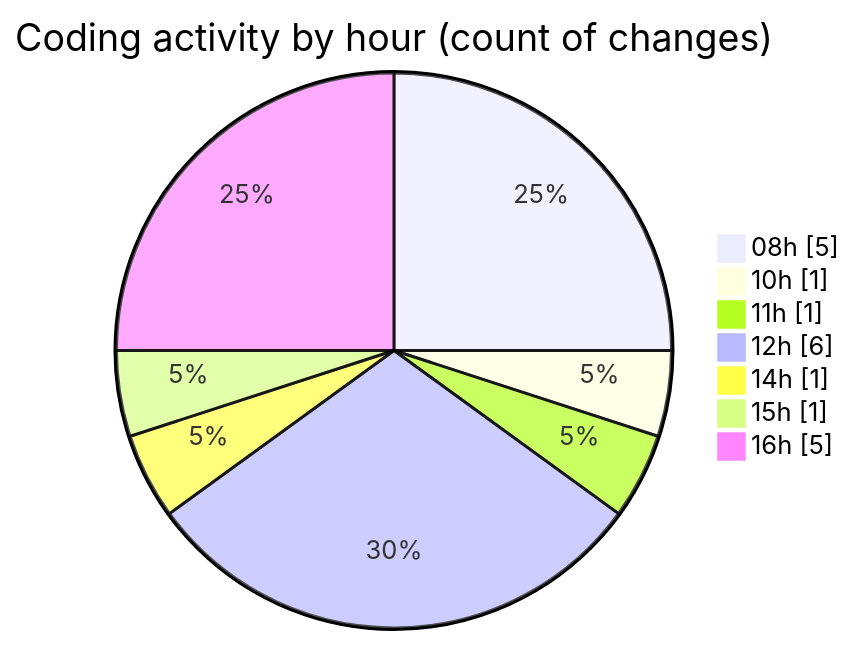
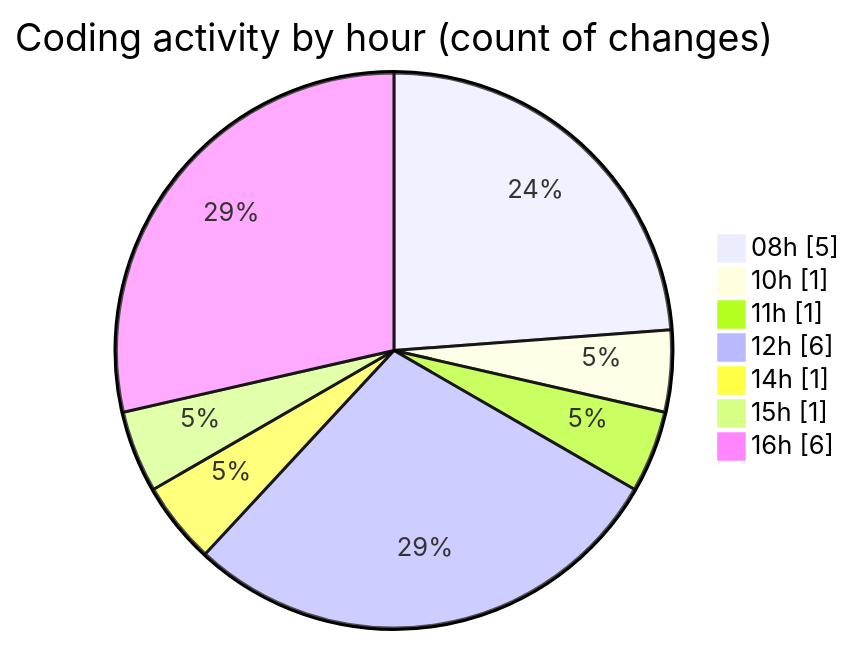
Before and after one commit to ricardozamudiocil/code-tracking: the second of 2 diagrams in 2026-04-28/cilapp/README.md, drawn with Mermaid. The commit also changed other lines of this file and 1 other file, not shown here.

````diff
--- a/2026-04-28/cilapp/README.md
+++ b/2026-04-28/cilapp/README.md
@@ -33,11 +33,11 @@
 ```mermaid
 pie showData
 title Coding activity by hour (count of changes)
 "08h" : 5
 "10h" : 1
 "11h" : 1
 "12h" : 6
 "14h" : 1
 "15h" : 1
-"16h" : 5
+"16h" : 6
 ```
````
